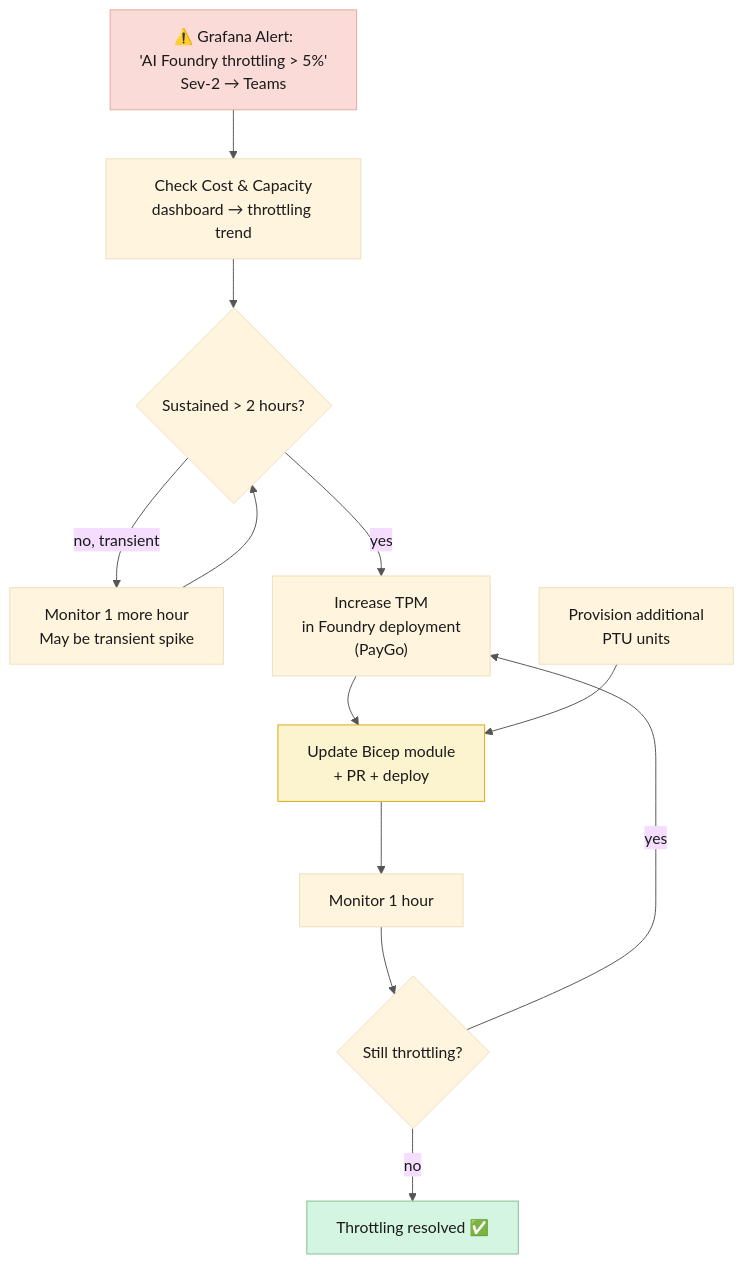
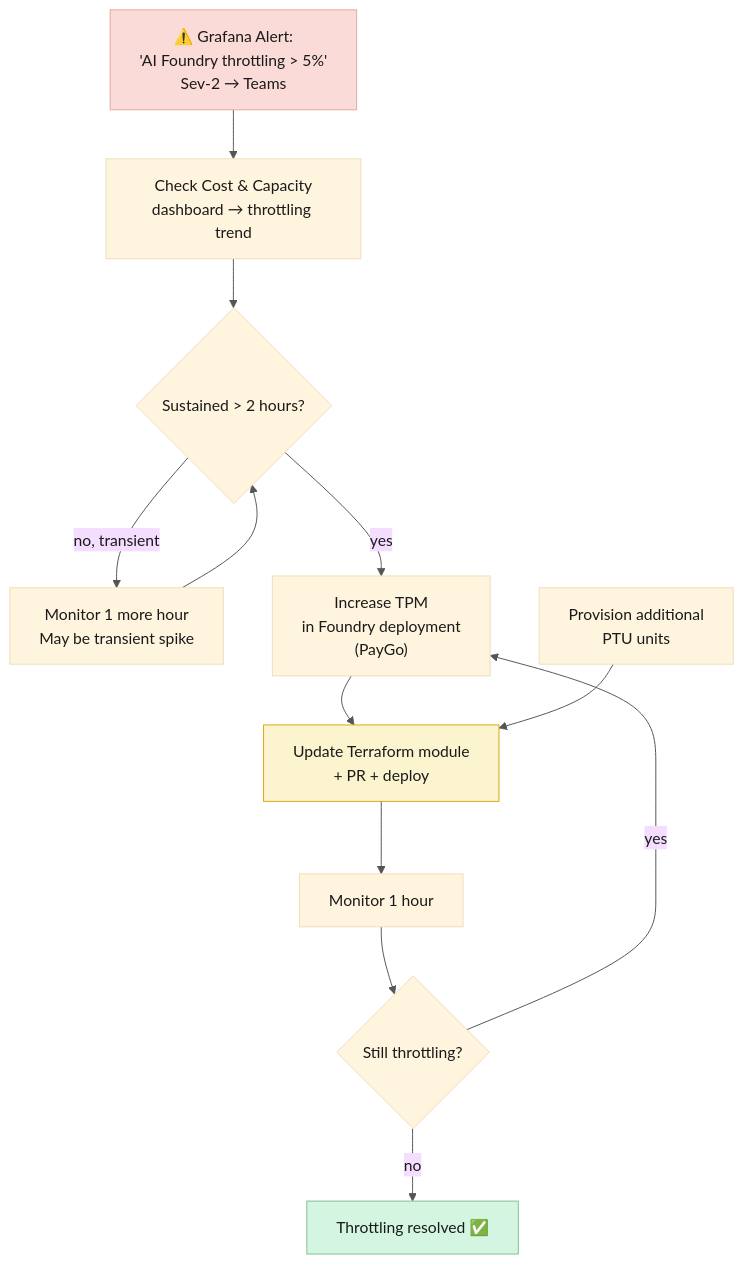
Before and after one commit to dr-paulb/managed-service-minions: the ninth of 9 diagrams in docs/azure-architecture.md, drawn with Mermaid. The commit also changed other lines of this file and 49 other files, not shown here.

````diff
--- a/docs/azure-architecture.md
+++ b/docs/azure-architecture.md
@@ -773,30 +772,30 @@
 ```mermaid
 %%{init: {'theme': 'base', 'themeVariables': { 'primaryTextColor': '#1a1a1a', 'lineColor': '#555'}}}%%
 flowchart TB
     trigger["⚠️ Grafana Alert:\n'AI Foundry throttling > 5%'\nSev-2 → Teams"]
     dashboard["Check Cost & Capacity\ndashboard → throttling trend"]
     sustained{"Sustained > 2 hours?"}
     wait["Monitor 1 more hour\nMay be transient spike"]
     increase_paygo["Increase TPM\nin Foundry deployment\n(PayGo)"]
     increase_ptu["Provision additional\nPTU units"]
-    bicep["Update Bicep module\n+ PR + deploy"]
+    terraform["Update Terraform module\n+ PR + deploy"]
     monitor_result["Monitor 1 hour"]
     still_throttling{"Still throttling?"}
     resolved["Throttling resolved ✅"]
     
     trigger --> dashboard
     dashboard --> sustained
     sustained -->|"no, transient"| wait
     wait --> sustained
     sustained -->|"yes"| increase_paygo
-    increase_paygo --> bicep
-    increase_ptu --> bicep
-    bicep --> monitor_result
+    increase_paygo --> terraform
+    increase_ptu --> terraform
+    terraform --> monitor_result
     monitor_result --> still_throttling
     still_throttling -->|"yes"| increase_paygo
     still_throttling -->|"no"| resolved
     
     style trigger fill:#fadbd8,stroke:#e6a8a0,color:#1a1a1a
     style resolved fill:#d5f5e3,stroke:#82c091,color:#1a1a1a
-    style bicep fill:#fcf3cf,stroke:#d4ac0d,color:#1a1a1a
+    style terraform fill:#fcf3cf,stroke:#d4ac0d,color:#1a1a1a
 ```
````
